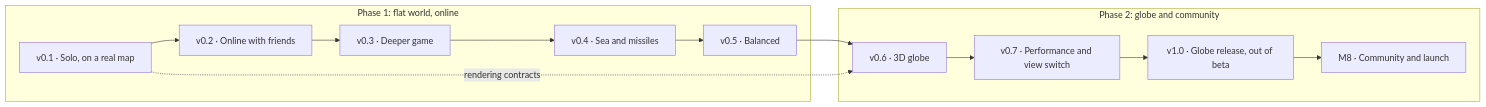
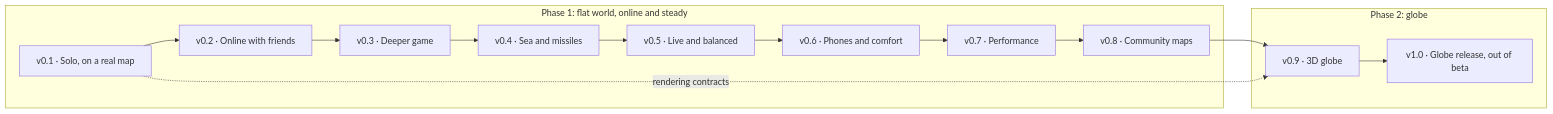
Before and after one commit to MohammadBnei/frontfall: the diagram in docs/roadmap.md, drawn with Mermaid. The commit also changed other lines of this file and 2 other files, not shown here.

First line of the commit message:
docs(roadmap): run the game first, the globe in v0.9

````diff
--- a/docs/roadmap.md
+++ b/docs/roadmap.md
@@ -27,18 +29,19 @@
 ```mermaid
 flowchart LR
-  subgraph P1["Phase 1: flat world, online"]
+  subgraph P1["Phase 1: flat world, online and steady"]
     V01["v0.1 · Solo, on a real map"]
     V02["v0.2 · Online with friends"]
     V03["v0.3 · Deeper game"]
     V04["v0.4 · Sea and missiles"]
-    V05["v0.5 · Balanced"]
+    V05["v0.5 · Live and balanced"]
+    V06["v0.6 · Phones and comfort"]
+    V07["v0.7 · Performance"]
+    V08["v0.8 · Community maps"]
   end
-  subgraph P2["Phase 2: globe and community"]
-    V06["v0.6 · 3D globe"]
-    V07["v0.7 · Performance and view switch"]
+  subgraph P2["Phase 2: globe"]
+    V09["v0.9 · 3D globe"]
     V10["v1.0 · Globe release, out of beta"]
-    M8["M8 · Community and launch"]
   end
-  V01 --> V02 --> V03 --> V04 --> V05 --> V06 --> V07 --> V10 --> M8
-  V01 -. "rendering contracts" .-> V06
+  V01 --> V02 --> V03 --> V04 --> V05 --> V06 --> V07 --> V08 --> V09 --> V10
+  V01 -. "rendering contracts" .-> V09
 ```
````
